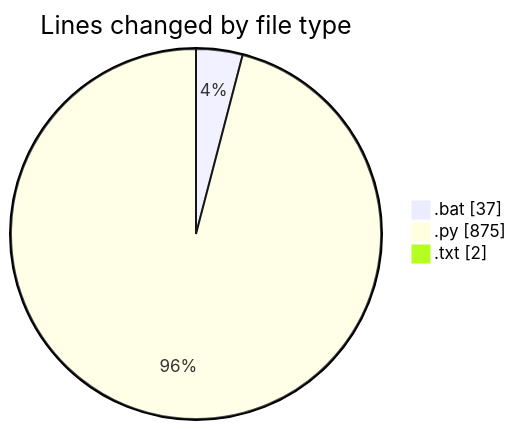
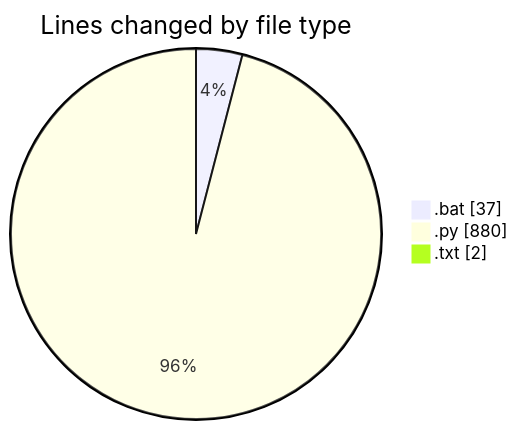
One commit to FelipKnott/code-tracking changed the first of 2 diagrams in 2025-07-04/cursor/README.md. Above: the diagram before and after it, drawn with Mermaid. The commit also changed other lines of this file and 1 other file, not shown here.

````diff
--- a/2025-07-04/cursor/README.md
+++ b/2025-07-04/cursor/README.md
@@ -35,7 +35,7 @@
 ```mermaid
 pie showData
 title Lines changed by file type
 ".bat" : 37
-".py" : 875
+".py" : 880
 ".txt" : 2
 ```
````
